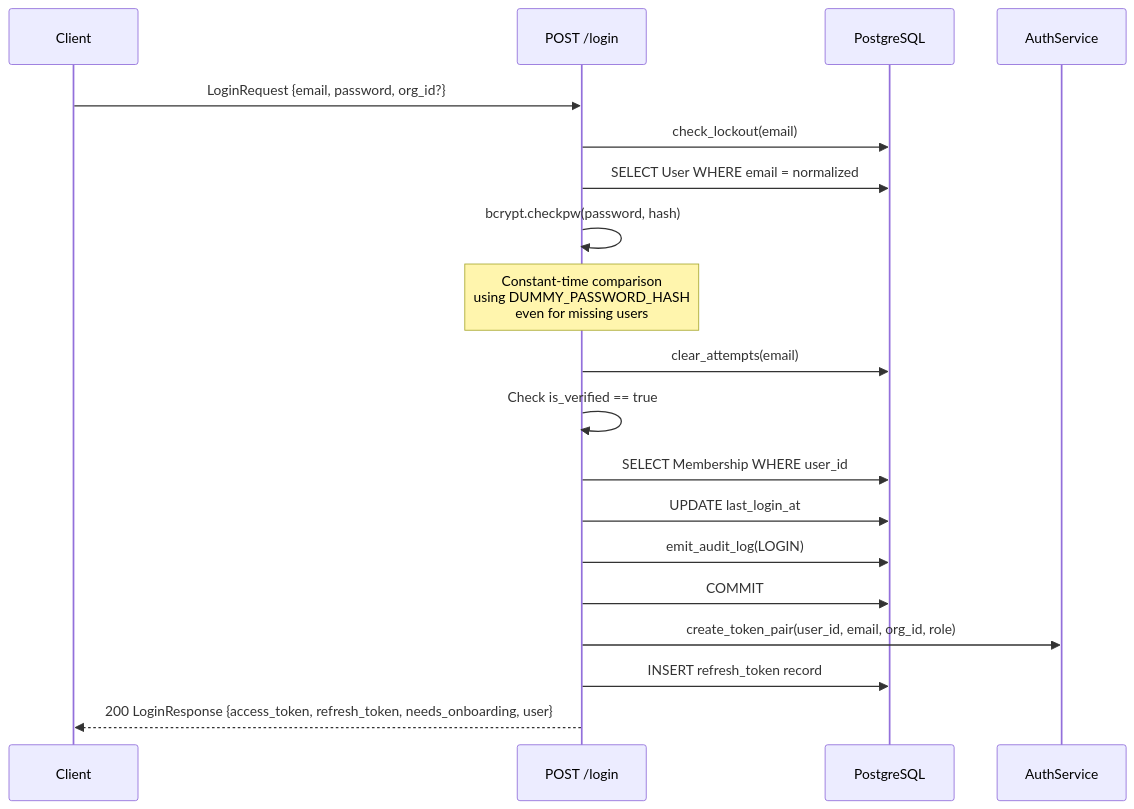
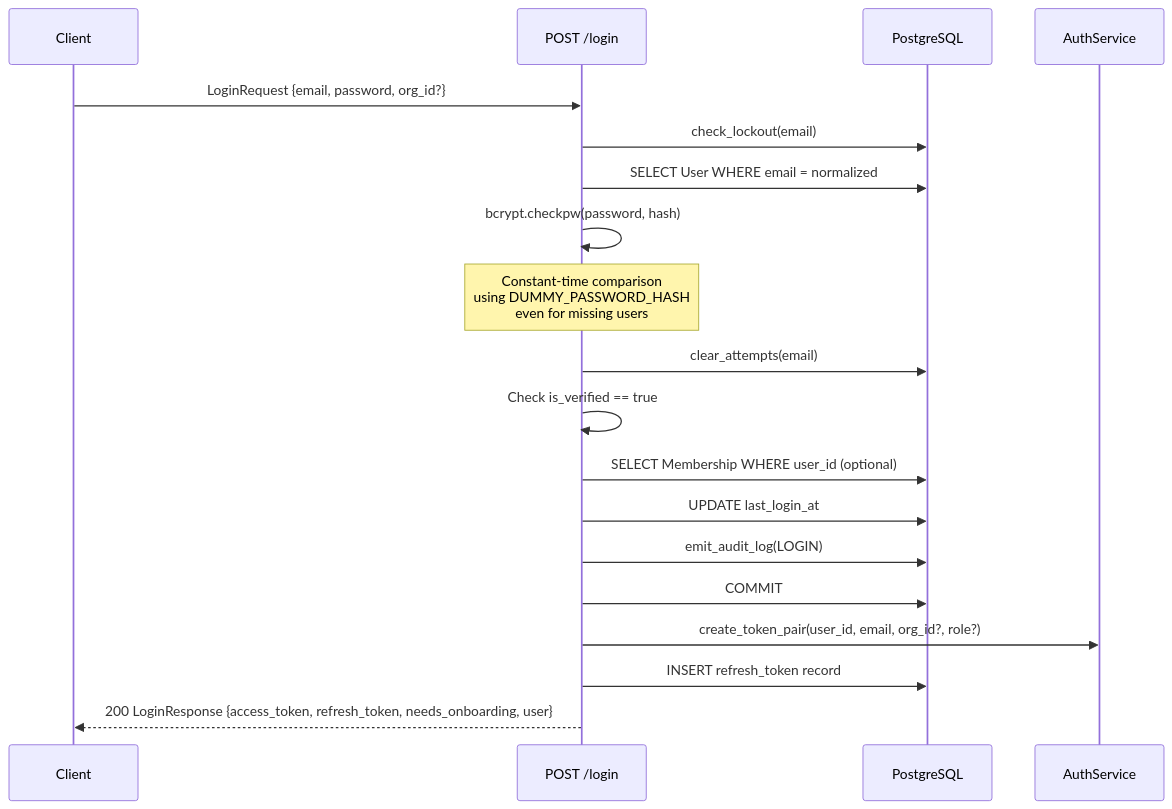
One commit to full-chaos/dev-health-ops changed the third of 10 diagrams in docs/architecture/auth-journey.md. Above: the diagram before and after it, drawn with Mermaid. The commit also changed other lines of this file and 1 other file, not shown here.

````diff
--- a/docs/architecture/auth-journey.md
+++ b/docs/architecture/auth-journey.md
@@ -70,22 +70,22 @@
 ```mermaid
 sequenceDiagram
     participant C as Client
     participant L as POST /login
     participant DB as PostgreSQL
     participant A as AuthService
 
     C->>L: LoginRequest {email, password, org_id?}
     L->>DB: check_lockout(email)
     L->>DB: SELECT User WHERE email = normalized
     L->>L: bcrypt.checkpw(password, hash)
     Note over L: Constant-time comparison<br/>using DUMMY_PASSWORD_HASH<br/>even for missing users
     L->>DB: clear_attempts(email)
     L->>L: Check is_verified == true
-    L->>DB: SELECT Membership WHERE user_id
+    L->>DB: SELECT Membership WHERE user_id (optional)
     L->>DB: UPDATE last_login_at
     L->>DB: emit_audit_log(LOGIN)
     L->>DB: COMMIT
-    L->>A: create_token_pair(user_id, email, org_id, role)
+    L->>A: create_token_pair(user_id, email, org_id?, role?)
     L->>DB: INSERT refresh_token record
     L-->>C: 200 LoginResponse {access_token, refresh_token, needs_onboarding, user}
 ```
````
